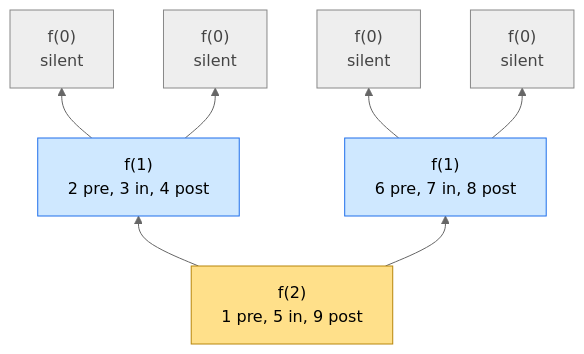
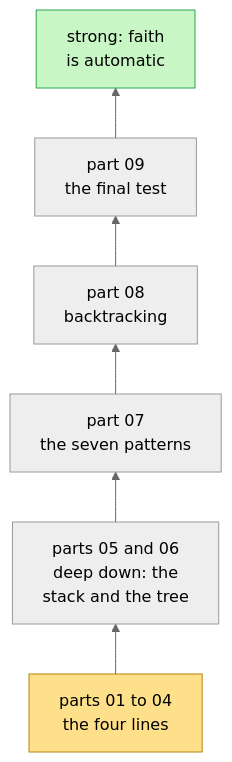
Before and after one commit to arpit-cts/do_dsa: the first of 2 diagrams in dsa/recursion/think_recursion/README.md, drawn with Mermaid (neutral theme). The commit also changed other lines of this file and 11 other files, not shown here.

````diff
--- a/dsa/recursion/think_recursion/README.md
+++ b/dsa/recursion/think_recursion/README.md
@@ -361,23 +66,13 @@
 ```mermaid
 flowchart BT
-    R["f(2)<br/>1 pre, 5 in, 9 post"]
-    A["f(1)<br/>2 pre, 3 in, 4 post"]
-    B["f(1)<br/>6 pre, 7 in, 8 post"]
-    A1["f(0)<br/>silent"]
-    A2["f(0)<br/>silent"]
-    B1["f(0)<br/>silent"]
-    B2["f(0)<br/>silent"]
-    R --> A
-    R --> B
-    A --> A1
-    A --> A2
-    B --> B1
-    B --> B2
+    S1["parts 01 to 04<br/>the four lines"] --> S2["parts 05 and 06<br/>deep down: the<br/>stack and the tree"]
+    S2 --> S3["part 07<br/>the seven patterns"]
+    S3 --> S4["part 08<br/>backtracking"]
+    S4 --> S5["part 09<br/>the final test"]
+    S5 --> G["strong: faith<br/>is automatic"]
 
-    classDef first fill:#ffe08a,stroke:#b8860b,color:#000
-    classDef mid fill:#cfe8ff,stroke:#1f6feb,color:#000
-    classDef base fill:#eeeeee,stroke:#888888,color:#444
-    class R first
-    class A,B mid
-    class A1,A2,B1,B2 base
+    classDef start fill:#ffe08a,stroke:#b8860b,color:#000
+    classDef goal fill:#c8f7c5,stroke:#2da44e,color:#000
+    class S1 start
+    class G goal
 ```
````
